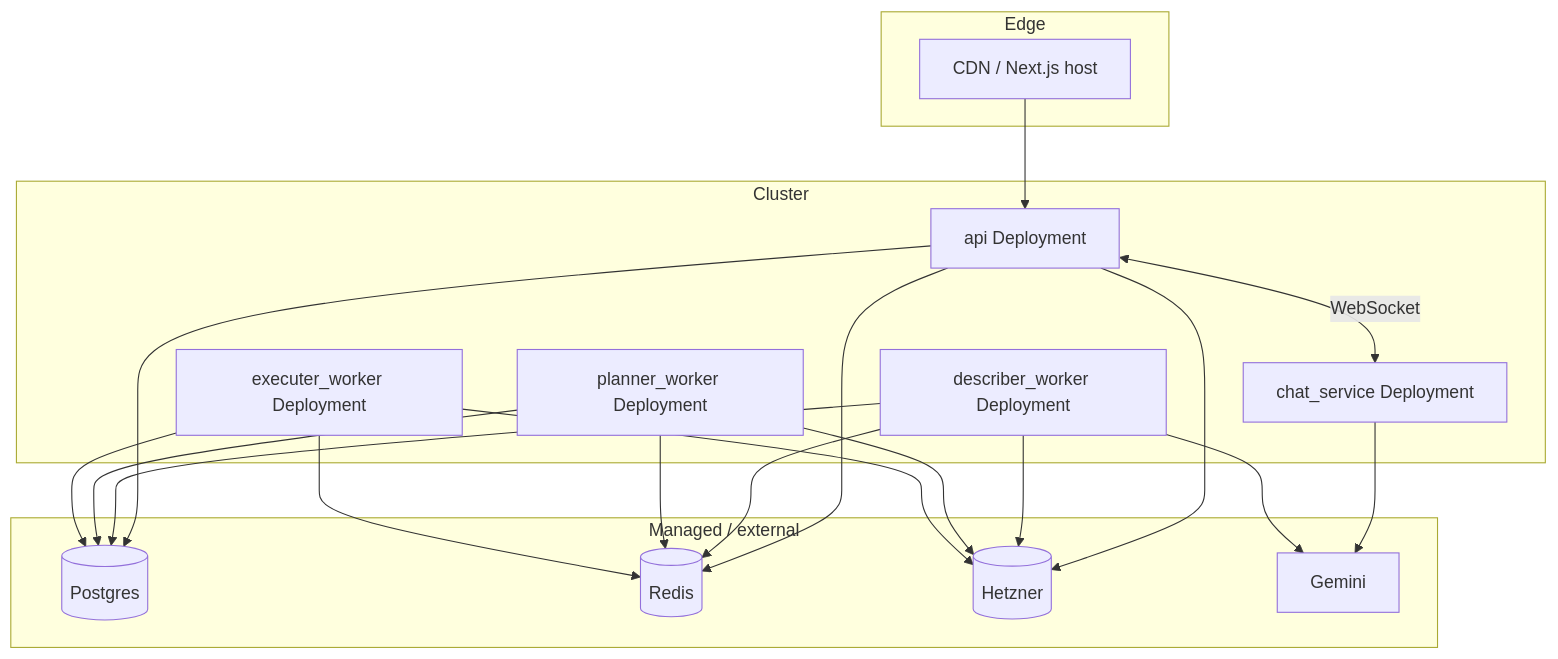
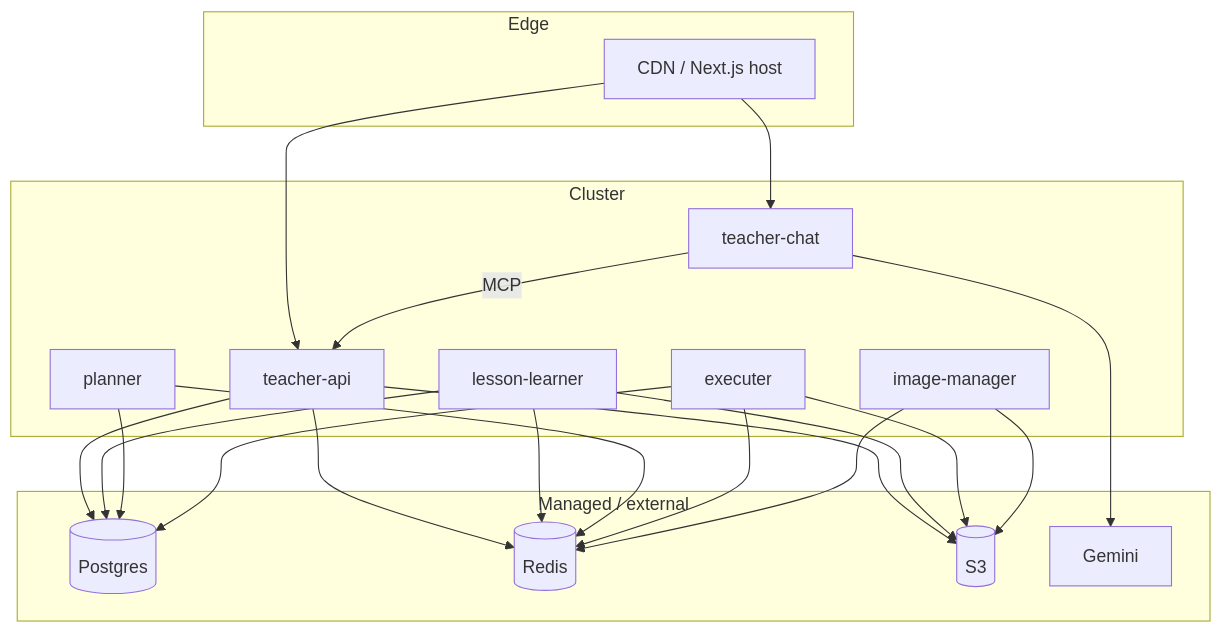
The fifth of 5 diagrams in docs/architecture/01-system-overview.md (BasselSallam2/teacher-mock), drawn with Mermaid before and after one commit. The commit also changed other lines of this file and 10 other files, not shown here.

Commit message:
Enhance README and add system overview documentation; update media handling and lesson planning architecture. Introduce nested media folders and clarify production stack details.

````diff
--- a/docs/architecture/01-system-overview.md
+++ b/docs/architecture/01-system-overview.md
@@ -139,38 +145,40 @@
 ```mermaid
 flowchart TB
   subgraph edge [Edge]
     CDN["CDN / Next.js host"]
   end
 
   subgraph k8s [Cluster]
-    API_Pod["api Deployment"]
-    Chat_Pod["chat_service Deployment"]
-    Desc_Pod["describer_worker Deployment"]
-    Plan_Pod["planner_worker Deployment"]
-    Exec_Pod["executer_worker Deployment"]
+    API_Pod["teacher-api"]
+    Chat_Pod["teacher-chat"]
+    Learn_Pod["lesson-learner"]
+    Plan_Pod["planner"]
+    Exec_Pod["executer"]
+    Img_Pod["image-manager"]
   end
 
   subgraph managed [Managed / external]
     PG[(Postgres)]
     Redis[(Redis)]
-    Bucket[(Hetzner)]
+    S3[(S3)]
     Gemini[Gemini]
   end
 
   CDN --> API_Pod
+  CDN --> Chat_Pod
   API_Pod --> PG
   API_Pod --> Redis
-  API_Pod --> Bucket
-  API_Pod <-->|WebSocket| Chat_Pod
+  API_Pod --> S3
+  Chat_Pod -->|MCP| API_Pod
   Chat_Pod --> Gemini
-  Desc_Pod --> Redis
+  Learn_Pod --> Redis
   Plan_Pod --> Redis
   Exec_Pod --> Redis
-  Desc_Pod --> Gemini
-  Desc_Pod --> Bucket
-  Desc_Pod --> PG
+  Img_Pod --> Redis
+  Learn_Pod --> S3
+  Learn_Pod --> PG
   Plan_Pod --> PG
-  Plan_Pod --> Bucket
   Exec_Pod --> PG
-  Exec_Pod --> Bucket
+  Exec_Pod --> S3
+  Img_Pod --> S3
 ```
````
